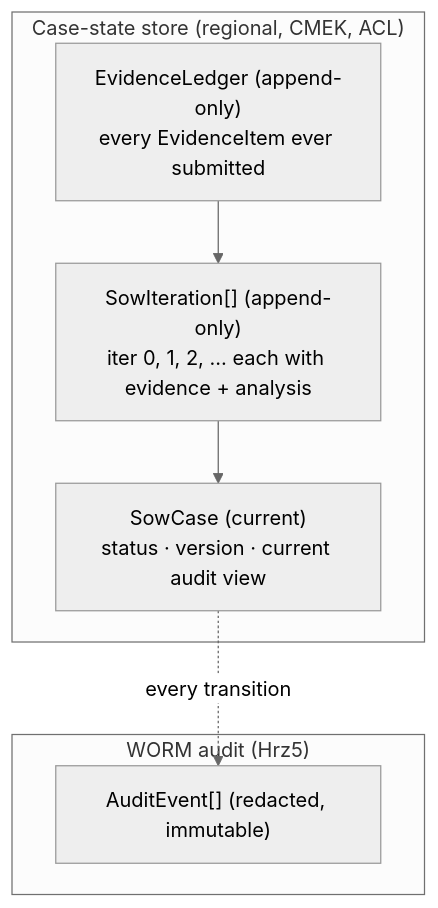
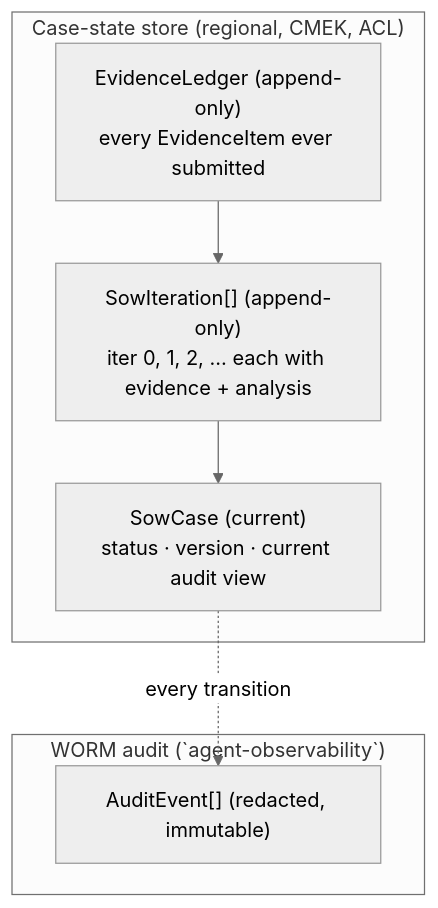
One commit to portable-genai/cdd-sow-research changed the third of 5 diagrams in docs/sow-longitudinal-audit-design.md. Above: the diagram before and after it, drawn with Mermaid (neutral theme). The commit also changed other lines of this file and 107 other files, not shown here.

````diff
--- a/docs/sow-longitudinal-audit-design.md
+++ b/docs/sow-longitudinal-audit-design.md
@@ -186,14 +186,14 @@
 ```mermaid
 flowchart TB
     subgraph durable["Case-state store (regional, CMEK, ACL)"]
         AGG["SowCase (current)<br/>status · version · current audit view"]
         ITERS["SowIteration[] (append-only)<br/>iter 0, 1, 2, … each with evidence + analysis"]
         LEDGER["EvidenceLedger (append-only)<br/>every EvidenceItem ever submitted"]
     end
-    subgraph worm["WORM audit (Hrz5)"]
+    subgraph worm["WORM audit (`agent-observability`)"]
         EV["AuditEvent[] (redacted, immutable)"]
     end
     ITERS --> AGG
     LEDGER --> ITERS
     AGG -.->|every transition| EV
 ```
````
